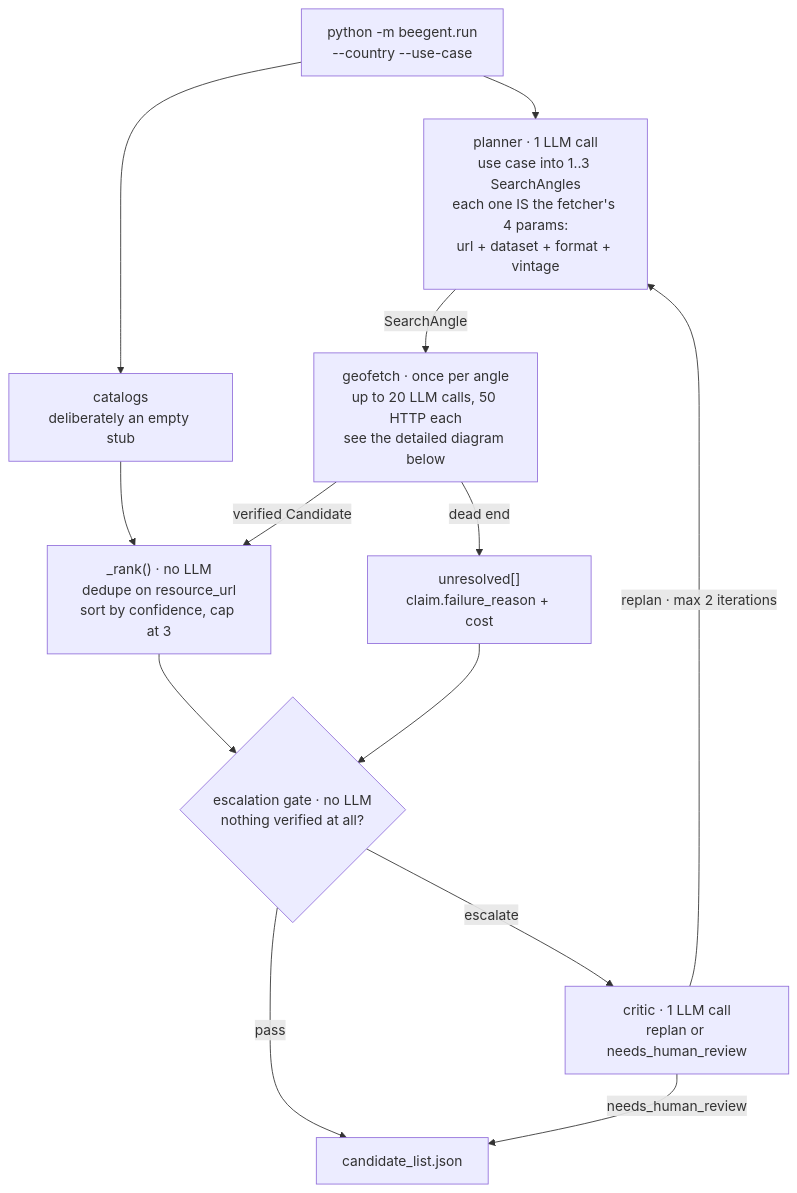
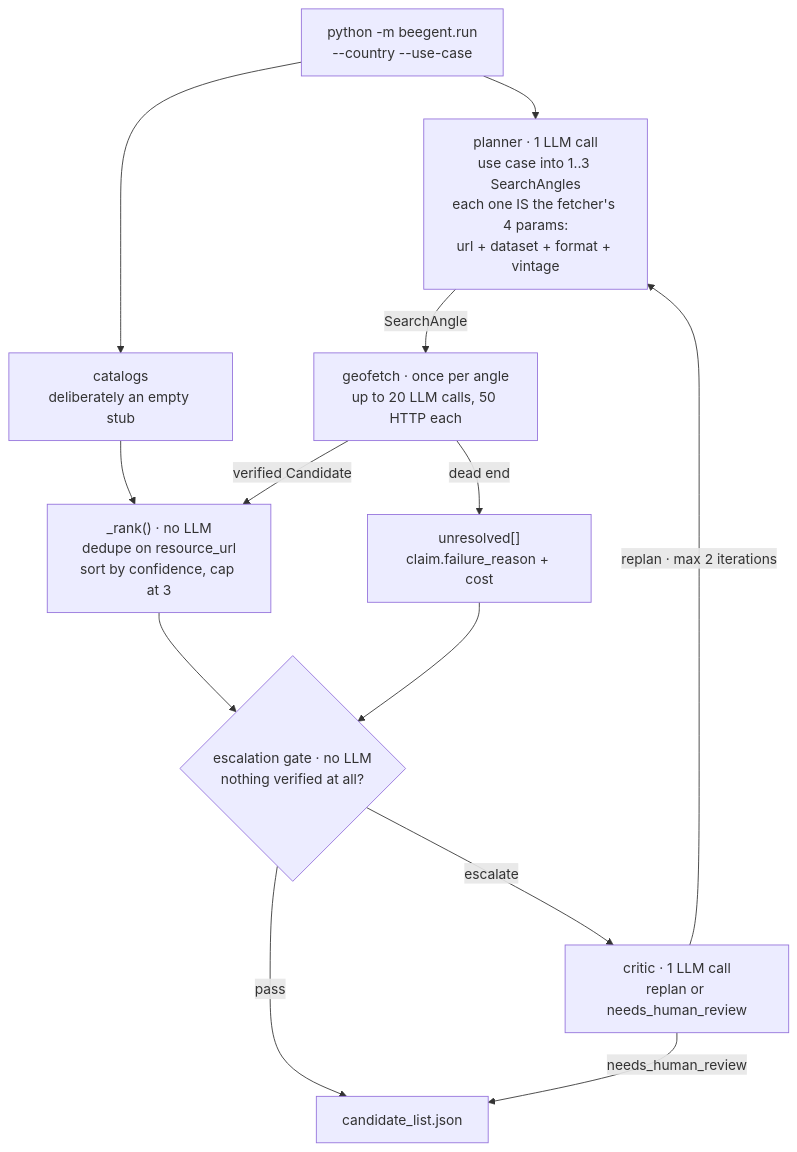
One commit to CommanderWahid/beegent changed the diagram in README.md. Above: the diagram before and after it, drawn with Mermaid. The commit also changed other lines of this file and 5 other files, not shown here.

````diff
--- a/README.md
+++ b/README.md
@@ -33,25 +47,25 @@
 ```mermaid
 flowchart TD
     IN["python -m beegent.run<br/>--country --use-case"]
     PLAN["planner · 1 LLM call<br/>use case into 1..3 SearchAngles<br/>each one IS the fetcher's 4 params:<br/>url + dataset + format + vintage"]
     CAT["catalogs<br/>deliberately an empty stub"]
-    GF["geofetch · once per angle<br/>up to 20 LLM calls, 50 HTTP each<br/>see the detailed diagram below"]
+    GF["geofetch · once per angle<br/>up to 20 LLM calls, 50 HTTP each"]
     RANK["_rank() · no LLM<br/>dedupe on resource_url<br/>sort by confidence, cap at 3"]
     GATE{"escalation gate · no LLM<br/>nothing verified at all?"}
     CRITIC["critic · 1 LLM call<br/>replan or needs_human_review"]
     UNRES["unresolved[]<br/>claim.failure_reason + cost"]
     OUT["candidate_list.json"]
 
     IN --> PLAN
     IN --> CAT
     PLAN -->|SearchAngle| GF
     CAT --> RANK
     GF -->|verified Candidate| RANK
     GF -->|dead end| UNRES
     RANK --> GATE
     UNRES --> GATE
     GATE -->|pass| OUT
     GATE -->|escalate| CRITIC
     CRITIC -->|replan · max 2 iterations| PLAN
     CRITIC -->|needs_human_review| OUT
 ```
````
